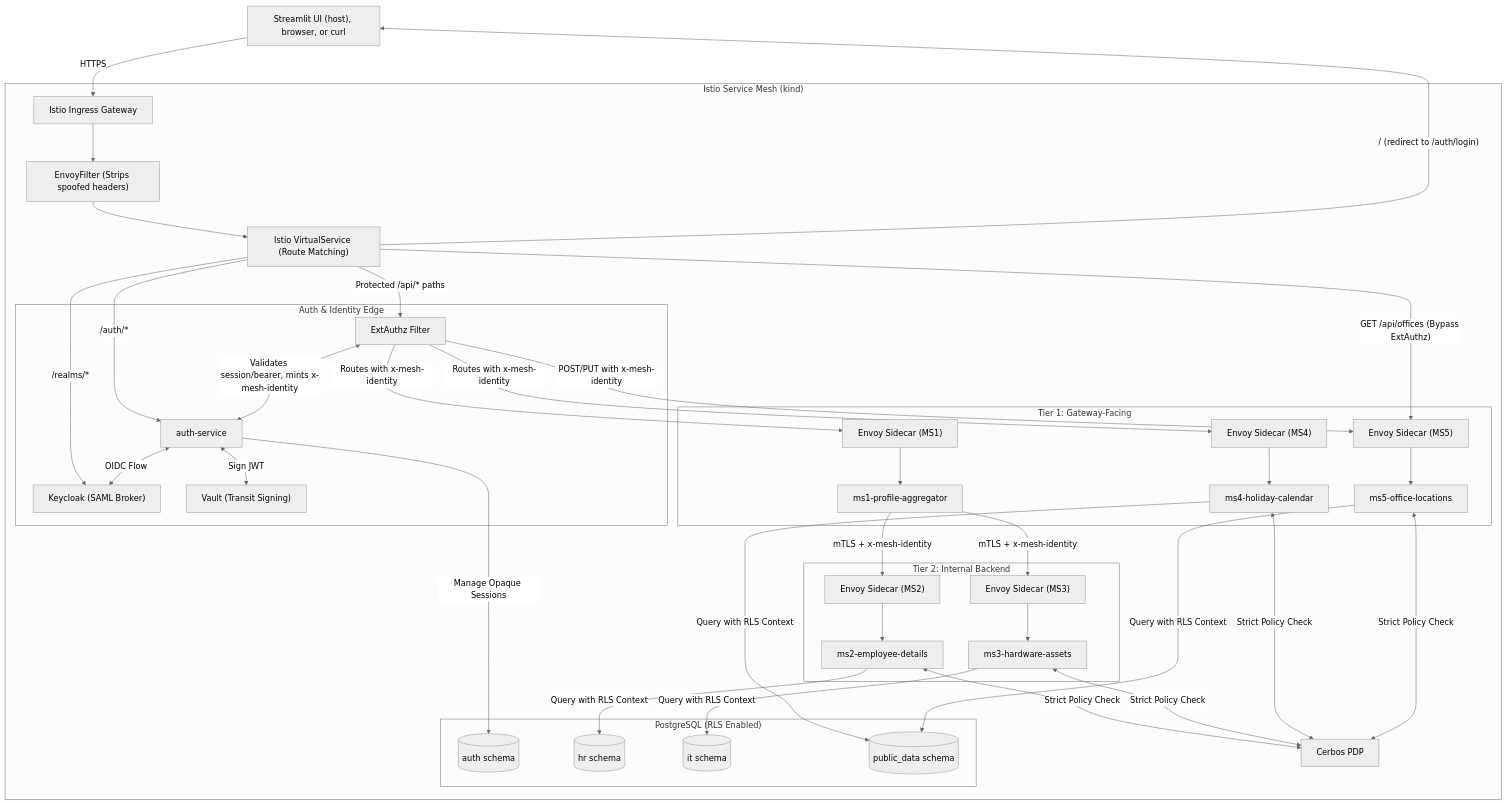
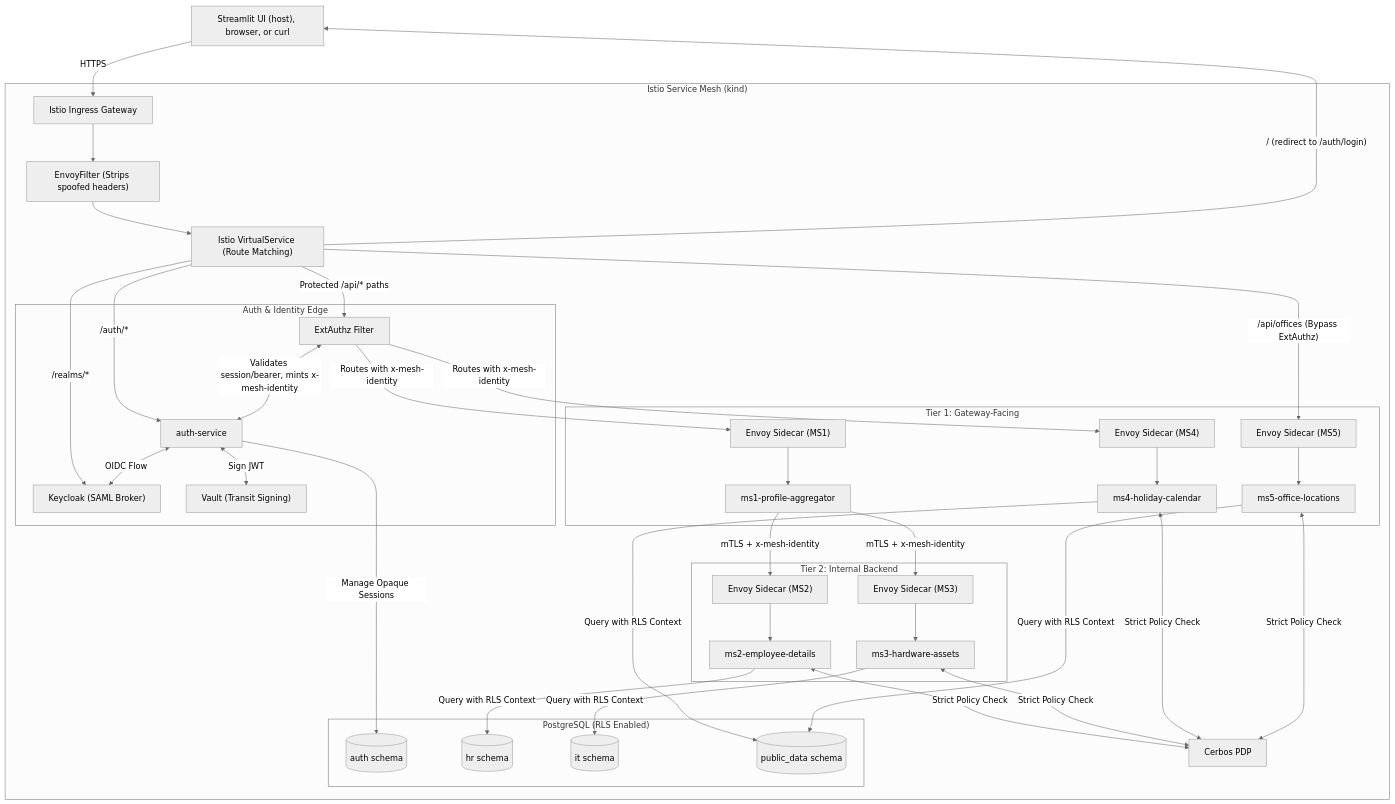
One commit to Kaustav-Sarkar/Istio-Defense-In-Depth changed the diagram in docs/architecture.md. Above: the diagram before and after it, drawn with Mermaid (neutral theme). The commit also changed 7 other files, not shown here.

```diff
--- a/docs/architecture.md
+++ b/docs/architecture.md
@@ -110,12 +110,11 @@
     Router -->|"/realms/*"| Keycloak
     Router -->|"/auth/*"| AuthService
     Router -->|"Protected /api/* paths"| ExtAuthz
-    Router -->|"GET /api/offices (Bypass ExtAuthz)"| Sidecar5
+    Router -->|"/api/offices (Bypass ExtAuthz)"| Sidecar5
 
     %% Post-Auth Routing
     ExtAuthz -->|"Routes with x-mesh-identity"| Sidecar1
     ExtAuthz -->|"Routes with x-mesh-identity"| Sidecar4
-    ExtAuthz -->|"POST/PUT with x-mesh-identity"| Sidecar5
 
     %% Auth Edge Interactions
     ExtAuthz <-->|"Validates session/bearer, mints x-mesh-identity"| AuthService
```
